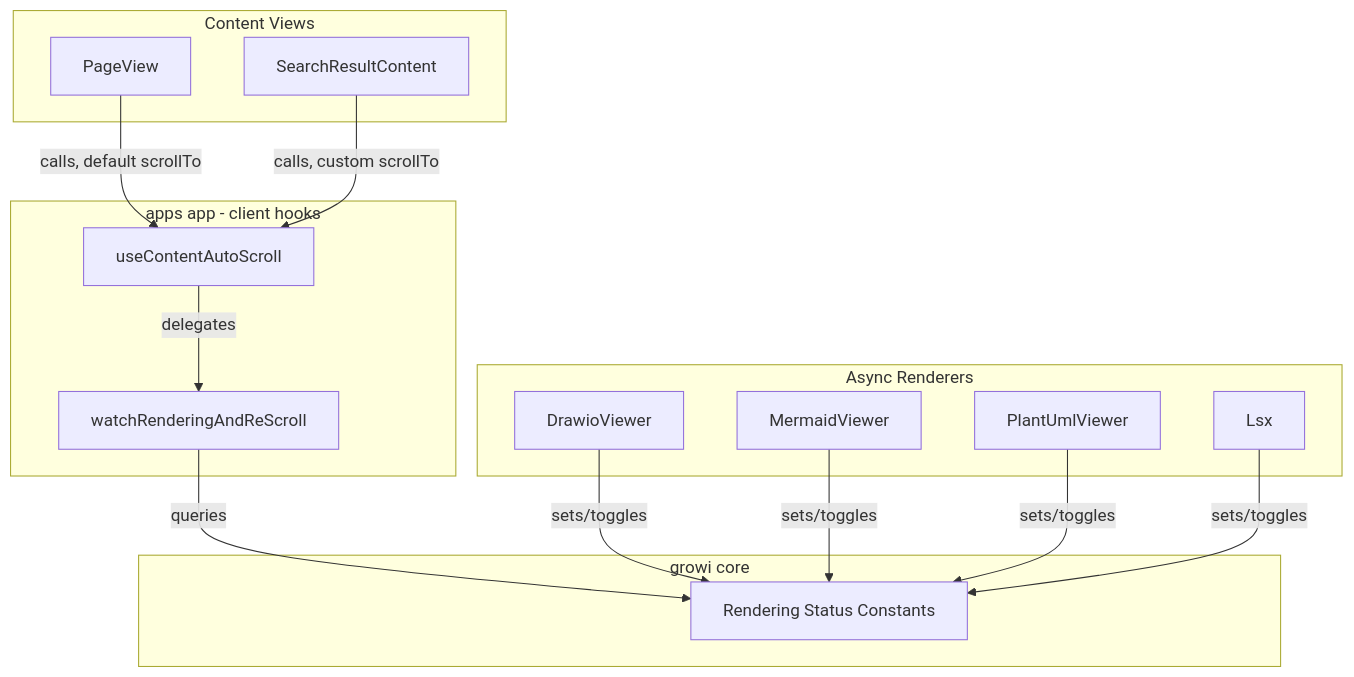
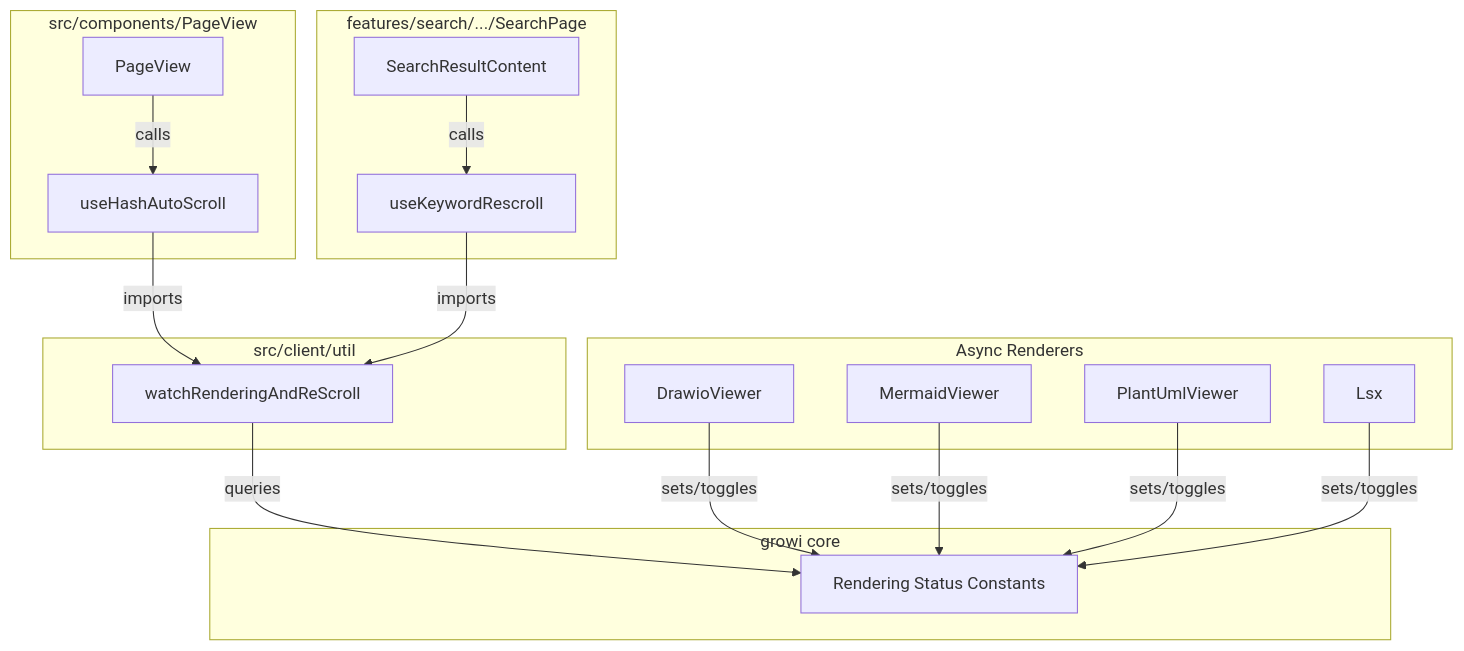
Before and after one commit to growilabs/growi: the first of 3 diagrams in .kiro/specs/auto-scroll/design.md, drawn with Mermaid. The commit also changed other lines of this file and 2 other files, not shown here.

````diff
--- a/.kiro/specs/auto-scroll/design.md
+++ b/.kiro/specs/auto-scroll/design.md
@@ -37,32 +40,37 @@
 ```mermaid
 graph TB
     subgraph growi_core[growi core]
         CONST[Rendering Status Constants]
     end
 
-    subgraph apps_app[apps app - client hooks]
-        HOOK[useContentAutoScroll]
+    subgraph shared_util[src/client/util]
         WATCH[watchRenderingAndReScroll]
     end
 
-    subgraph page_views[Content Views]
+    subgraph page_view[src/components/PageView]
+        UHAS[useHashAutoScroll]
         PV[PageView]
+    end
+
+    subgraph search[features/search/.../SearchPage]
+        UKR[useKeywordRescroll]
         SRC[SearchResultContent]
     end
 
     subgraph renderers[Async Renderers]
         DV[DrawioViewer]
         MV[MermaidViewer]
         PUV[PlantUmlViewer]
         LSX[Lsx]
     end
 
-    PV -->|calls, default scrollTo| HOOK
-    SRC -->|calls, custom scrollTo| HOOK
-    HOOK -->|delegates| WATCH
+    PV -->|calls| UHAS
+    UHAS -->|imports| WATCH
+    SRC -->|calls| UKR
+    UKR -->|imports| WATCH
     WATCH -->|queries| CONST
     DV -->|sets/toggles| CONST
     MV -->|sets/toggles| CONST
     PUV -->|sets/toggles| CONST
     LSX -->|sets/toggles| CONST
 ```
````
